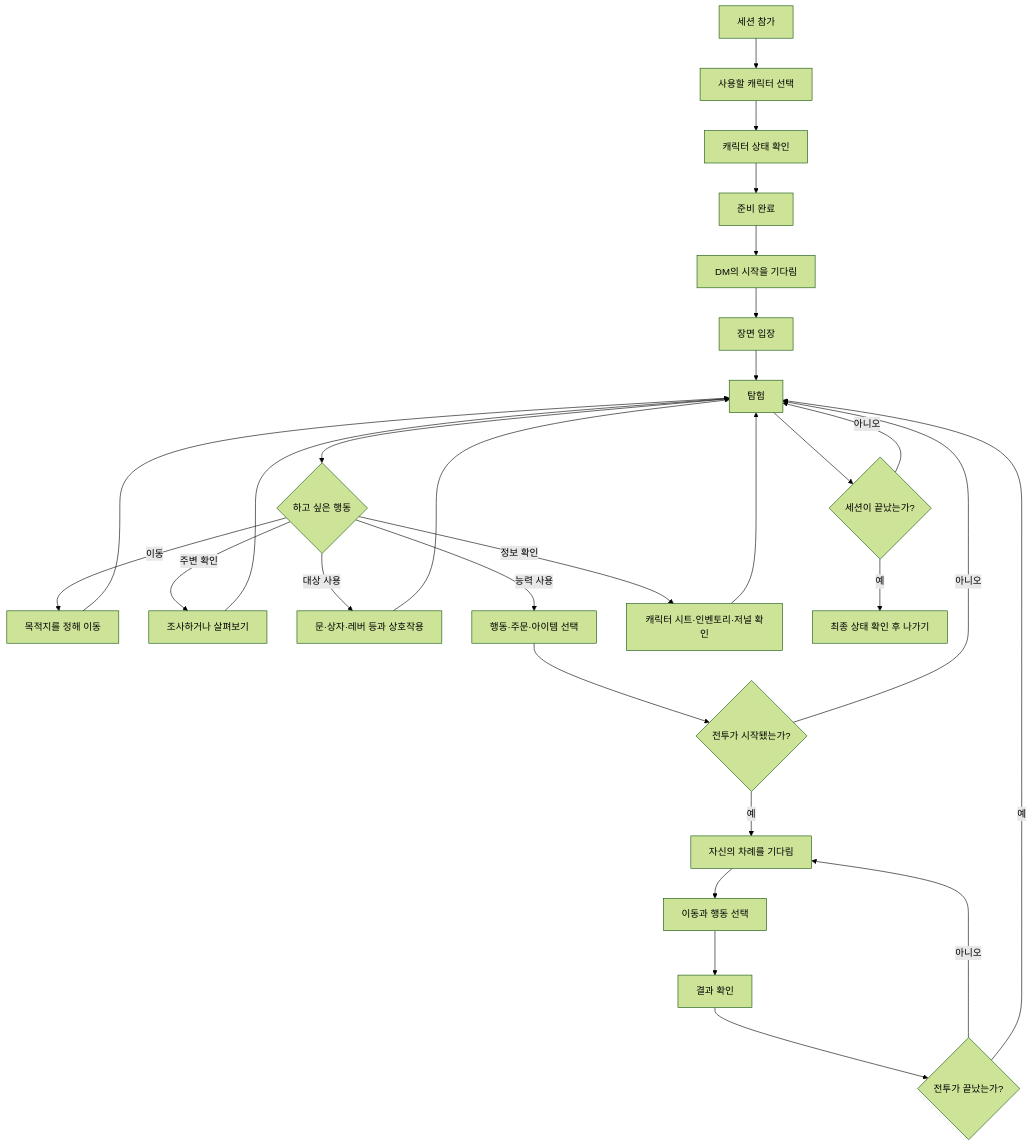
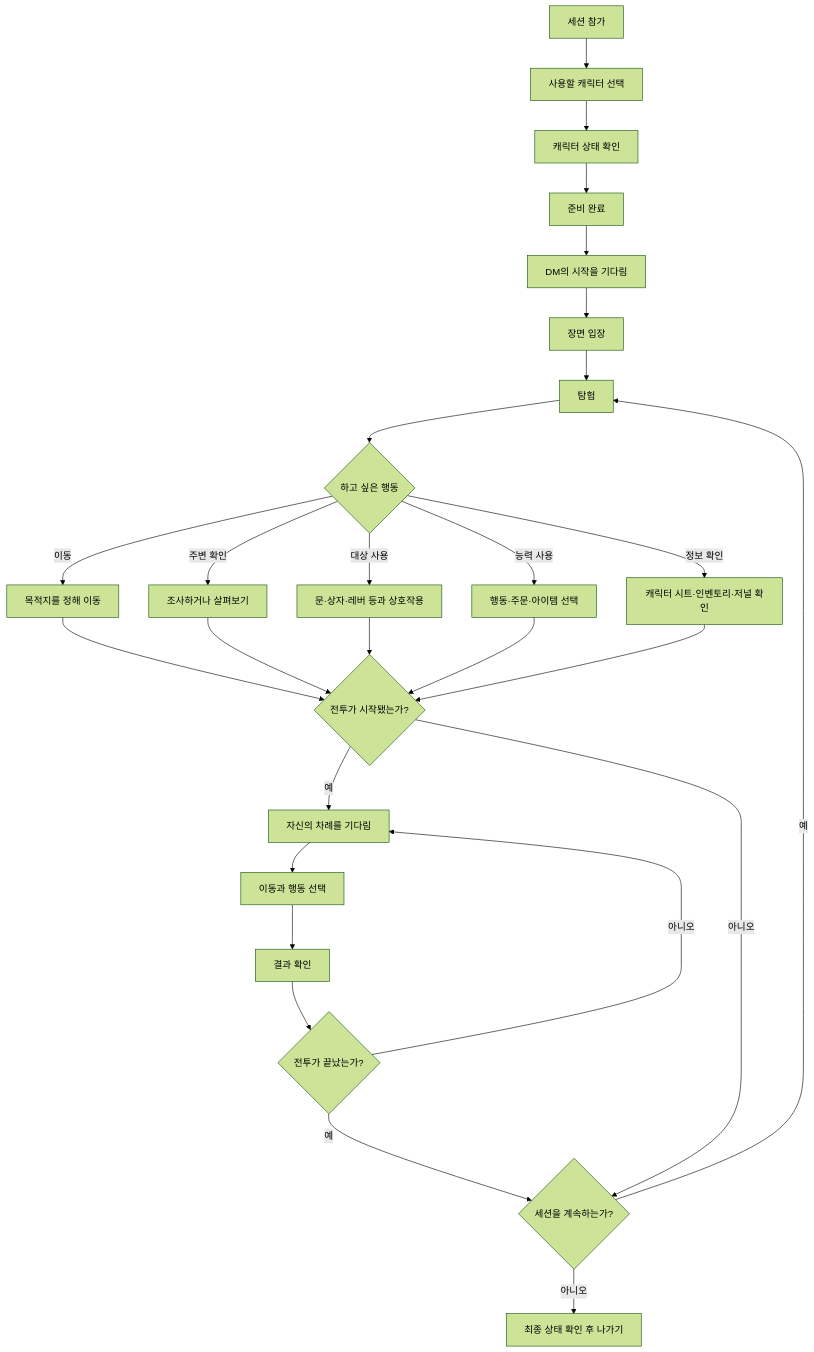
One commit to Kaetaeru/RVTT changed the second of 7 diagrams in docs/remake/user-guides/QUICK-FLOW.md. Above: the diagram before and after it, drawn with Mermaid (forest theme). The commit also changed other lines of this file, not shown here.

Commit message:
docs: clarify player exploration and combat branching

````diff
--- a/docs/remake/user-guides/QUICK-FLOW.md
+++ b/docs/remake/user-guides/QUICK-FLOW.md
@@ -69,34 +69,33 @@
 ```mermaid
 flowchart TD
     A[세션 참가] --> B[사용할 캐릭터 선택]
     B --> C[캐릭터 상태 확인]
     C --> D[준비 완료]
     D --> E[DM의 시작을 기다림]
     E --> F[장면 입장]
     F --> G[탐험]
 
     G --> H{하고 싶은 행동}
     H -->|이동| I[목적지를 정해 이동]
     H -->|주변 확인| J[조사하거나 살펴보기]
     H -->|대상 사용| K[문·상자·레버 등과 상호작용]
     H -->|능력 사용| L[행동·주문·아이템 선택]
     H -->|정보 확인| M[캐릭터 시트·인벤토리·저널 확인]
 
-    I --> G
-    J --> G
-    K --> G
-    L --> N{전투가 시작됐는가?}
-    M --> G
+    I --> N{전투가 시작됐는가?}
+    J --> N
+    K --> N
+    L --> N
+    M --> N
 
-    N -->|아니오| G
     N -->|예| O[자신의 차례를 기다림]
     O --> P[이동과 행동 선택]
     P --> Q[결과 확인]
     Q --> R{전투가 끝났는가?}
     R -->|아니오| O
-    R -->|예| G
+    R -->|예| S{세션을 계속하는가?}
 
-    G --> S{세션이 끝났는가?}
-    S -->|아니오| G
-    S -->|예| T[최종 상태 확인 후 나가기]
+    N -->|아니오| S
+    S -->|예| G
+    S -->|아니오| T[최종 상태 확인 후 나가기]
 ```
````
